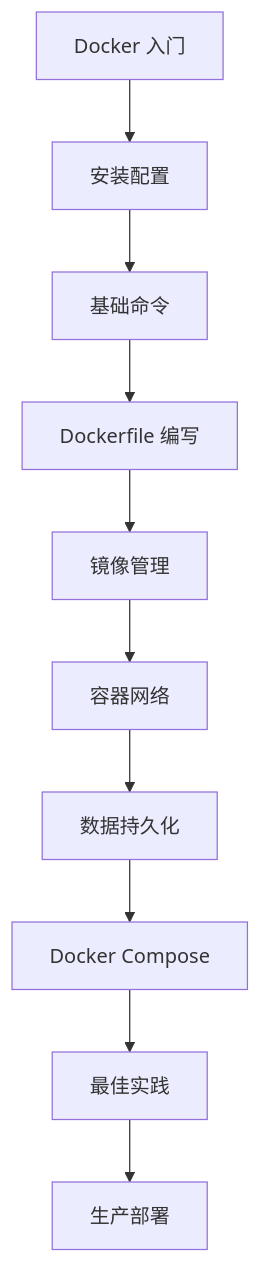
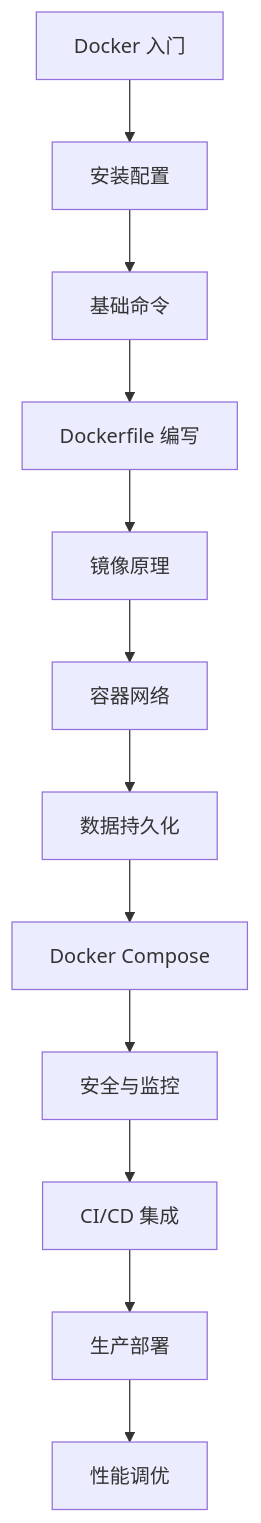
The diagram in docs/docker/index.md (to-lib/to-lib.github.io), drawn with Mermaid before and after one commit. The commit also changed other lines of this file and 20 other files, not shown here.

````diff
--- a/docs/docker/index.md
+++ b/docs/docker/index.md
@@ -78,12 +78,14 @@
 ```mermaid
 graph TD
     A[Docker 入门] --> B[安装配置]
     B --> C[基础命令]
     C --> D[Dockerfile 编写]
-    D --> E[镜像管理]
+    D --> E[镜像原理]
     E --> F[容器网络]
     F --> G[数据持久化]
     G --> H[Docker Compose]
-    H --> I[最佳实践]
-    I --> J[生产部署]
+    H --> I[安全与监控]
+    I --> J[CI/CD 集成]
+    J --> K[生产部署]
+    K --> L[性能调优]
 ```
````
